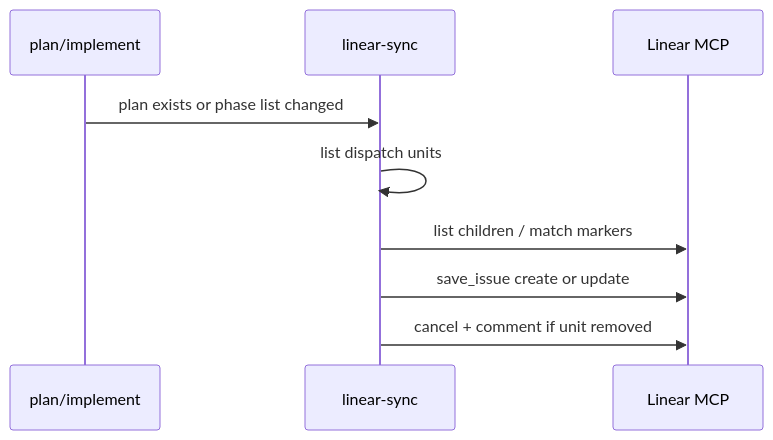
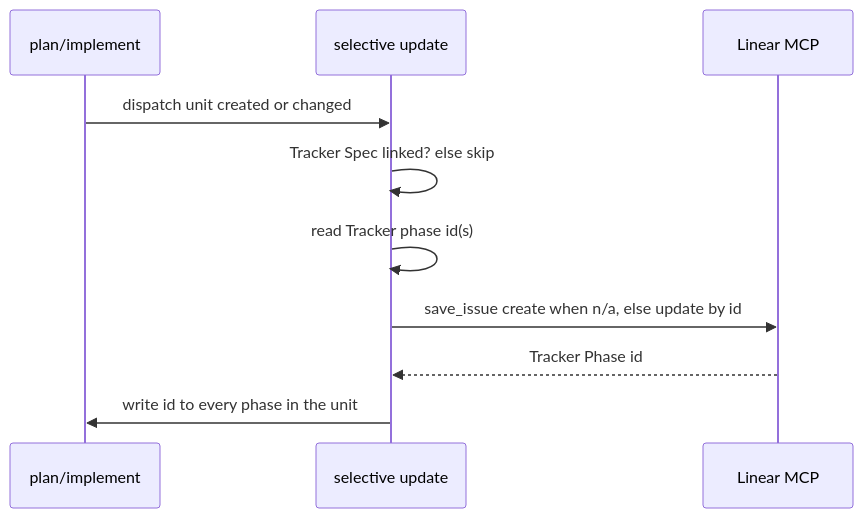
Before and after one commit to Funder75/spec-skill-set: the second of 2 diagrams in spec_docs/linear-integration/business-logic.md, drawn with Mermaid. The commit also changed other lines of this file and 5 other files, not shown here.

````diff
--- a/spec_docs/linear-integration/business-logic.md
+++ b/spec_docs/linear-integration/business-logic.md
@@ -217,12 +237,13 @@
 ```mermaid
 sequenceDiagram
     participant Plan as plan/implement
-    participant Sync as linear-sync
+    participant Update as selective update
     participant Linear as Linear MCP
 
-    Plan->>Sync: plan exists or phase list changed
-    Sync->>Sync: list dispatch units
-    Sync->>Linear: list children / match markers
-    Sync->>Linear: save_issue create or update
-    Sync->>Linear: cancel + comment if unit removed
+    Plan->>Update: dispatch unit created or changed
+    Update->>Update: Tracker Spec linked? else skip
+    Update->>Update: read Tracker phase id(s)
+    Update->>Linear: save_issue create when n/a, else update by id
+    Linear-->>Update: Tracker Phase id
+    Update->>Plan: write id to every phase in the unit
 ```
````
